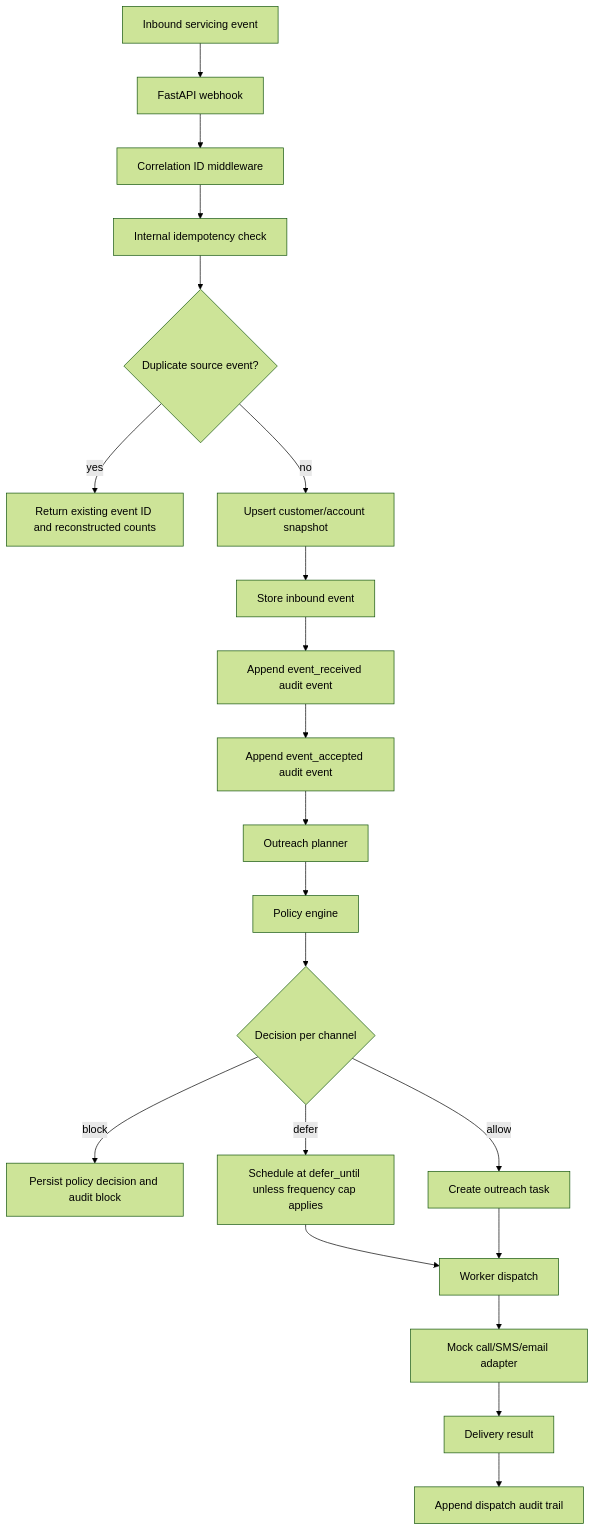
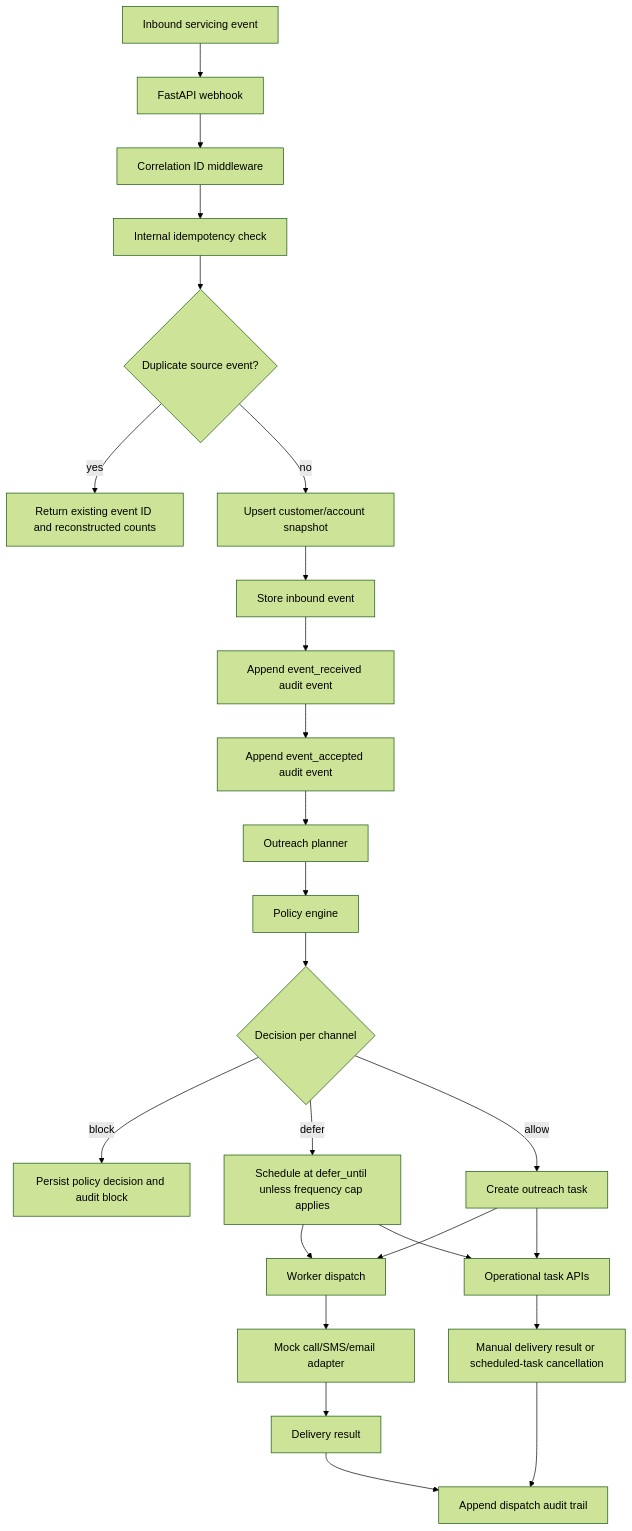
Before and after one commit to rafa761/ai-compliance-orquestrator: the first of 2 diagrams in README.md, drawn with Mermaid (forest theme). The commit also changed other lines of this file and 16 other files, not shown here.

Commit message:
feat: Phase 7 - operational APIs (#9)

````diff
--- a/README.md
+++ b/README.md
@@ -79,27 +84,31 @@
 ```mermaid
 flowchart TD
     A[Inbound servicing event] --> B[FastAPI webhook]
     B --> C[Correlation ID middleware]
     C --> D[Internal idempotency check]
     D --> E{Duplicate source event?}
 
     E -- yes --> F[Return existing event ID and reconstructed counts]
     E -- no --> G[Upsert customer/account snapshot]
     G --> H[Store inbound event]
     H --> I[Append event_received audit event]
     I --> J[Append event_accepted audit event]
 
     J --> K[Outreach planner]
     K --> L[Policy engine]
     L --> M{Decision per channel}
 
     M -- block --> N[Persist policy decision and audit block]
     M -- defer --> O[Schedule at defer_until unless frequency cap applies]
     M -- allow --> P[Create outreach task]
 
     O --> Q[Worker dispatch]
     P --> Q
     Q --> R[Mock call/SMS/email adapter]
     R --> S[Delivery result]
     S --> T[Append dispatch audit trail]
+    P --> U[Operational task APIs]
+    O --> U
+    U --> V[Manual delivery result or scheduled-task cancellation]
+    V --> T
 ```
````
